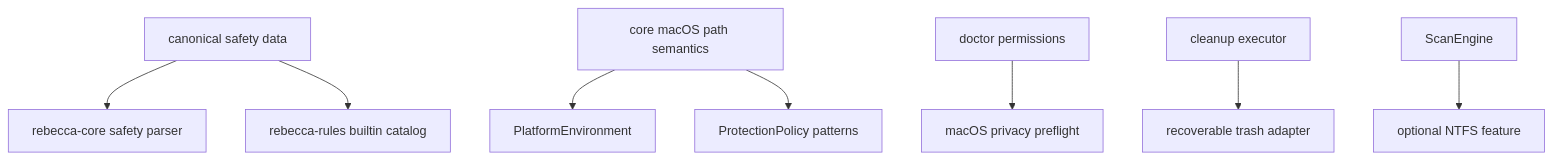
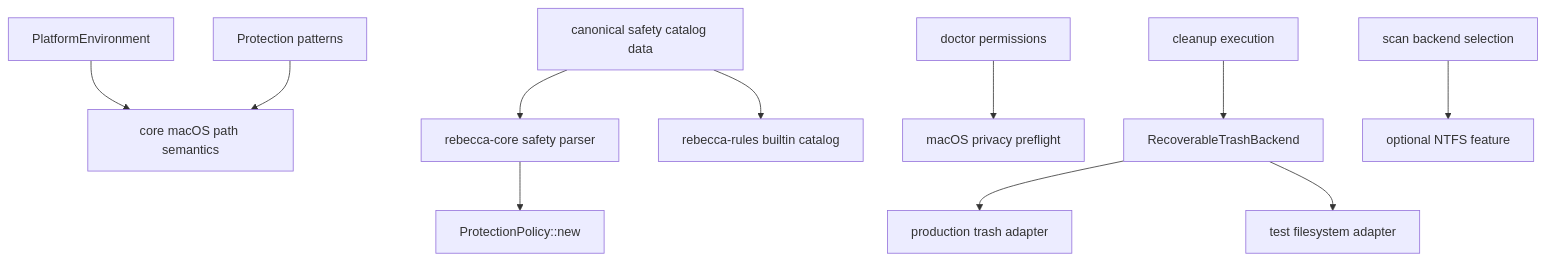
One commit to Latias94/rebecca changed the first of 2 diagrams in docs/plans/2026-07-07-003-refactor-macos-platform-boundaries-plan.md. Above: the diagram before and after it, drawn with Mermaid. The commit also changed other lines of this file, not shown here.

Commit message:
docs: refine macos platform boundary plan

````diff
--- a/docs/plans/2026-07-07-003-refactor-macos-platform-boundaries-plan.md
+++ b/docs/plans/2026-07-07-003-refactor-macos-platform-boundaries-plan.md
@@ -114,10 +112,13 @@
 ```mermaid
 flowchart TB
-  SafetyData[canonical safety data] --> CoreCatalog[rebecca-core safety parser]
-  SafetyData --> RulesCatalog[rebecca-rules builtin catalog]
-  MacModule[core macOS path semantics] --> Env[PlatformEnvironment]
-  MacModule --> Protection[ProtectionPolicy patterns]
-  Doctor[doctor permissions] --> MacPreflight[macOS privacy preflight]
-  Executor[cleanup executor] --> TrashAdapter[recoverable trash adapter]
-  Scan[ScanEngine] --> NtfsFeature[optional NTFS feature]
+  Env[PlatformEnvironment] --> MacPaths[core macOS path semantics]
+  Patterns[Protection patterns] --> MacPaths
+  SafetyData[canonical safety catalog data] --> CoreSafety[rebecca-core safety parser]
+  SafetyData --> Rules[rebecca-rules builtin catalog]
+  CoreSafety --> Policy[ProtectionPolicy::new]
+  CLI[doctor permissions] --> Privacy[macOS privacy preflight]
+  Clean[cleanup execution] --> TrashBackend[RecoverableTrashBackend]
+  TrashBackend --> TrashAdapter[production trash adapter]
+  TrashBackend --> TestAdapter[test filesystem adapter]
+  Scan[scan backend selection] --> NtfsFeature[optional NTFS feature]
 ```
````
